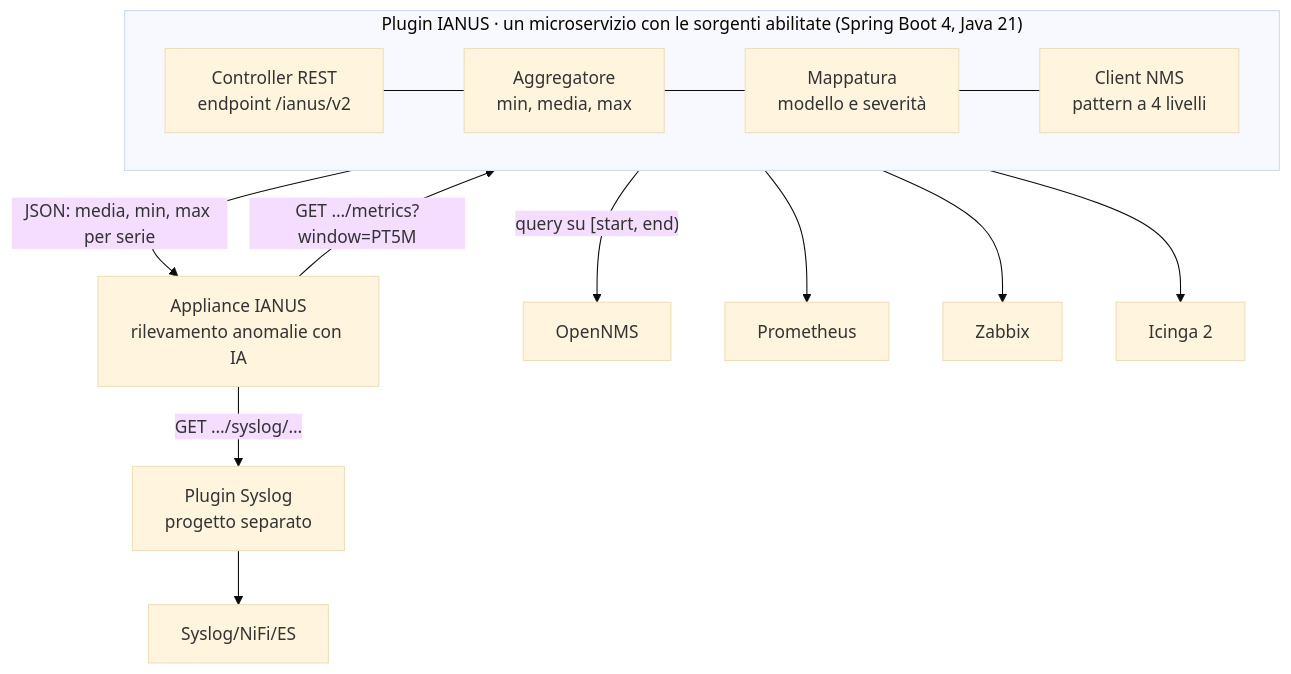
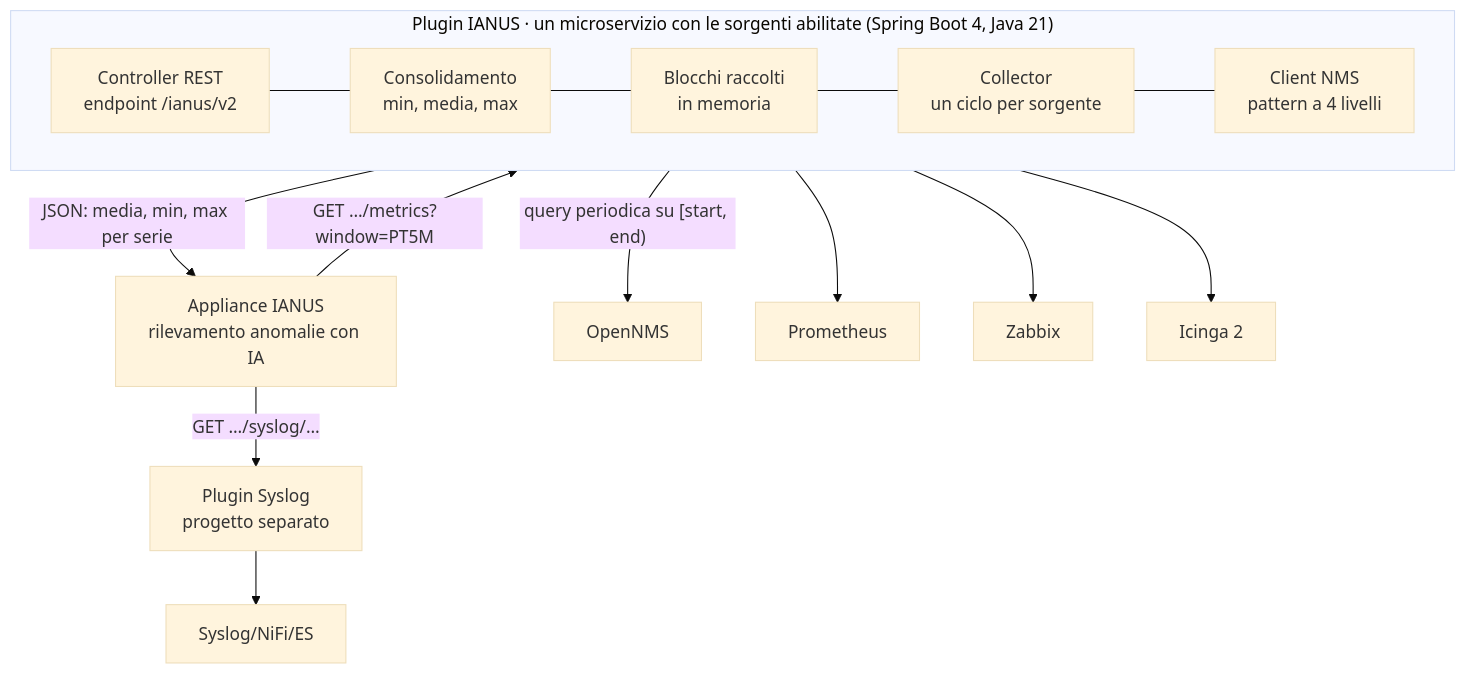
The diagram in SPECIFICA.md (rssntn67/ianus-plugin), drawn with Mermaid (base theme) before and after one commit. The commit also changed other lines of this file and 3 other files, not shown here.

First line of the commit message:
Documenta la raccolta periodica e il consolidamento

````diff
--- a/SPECIFICA.md
+++ b/SPECIFICA.md
@@ -28,16 +28,16 @@
 ```mermaid
 flowchart TB
     IANUS["Appliance IANUS<br/>rilevamento anomalie con IA"]
     subgraph PLUGIN["Plugin IANUS · un microservizio con le sorgenti abilitate (Spring Boot 4, Java 21)"]
         direction LR
-        CTRL["Controller REST<br/>endpoint /ianus/v2"] --- AGG["Aggregatore<br/>min, media, max"] --- MAP["Mappatura<br/>modello e severità"] --- CLIENT["Client NMS<br/>pattern a 4 livelli"]
+        CTRL["Controller REST<br/>endpoint /ianus/v2"] --- AGG["Consolidamento<br/>min, media, max"] --- STORE["Blocchi raccolti<br/>in memoria"] --- COLL["Collector<br/>un ciclo per sorgente"] --- CLIENT["Client NMS<br/>pattern a 4 livelli"]
     end
     IANUS -- "GET …/metrics?window=PT5M" --> CTRL
     CTRL -- "JSON: media, min, max per serie" --> IANUS
-    CLIENT -- "query su [start, end)" --> OPENNMS["OpenNMS"]
+    CLIENT -- "query periodica su [start, end)" --> OPENNMS["OpenNMS"]
     CLIENT --> PROM["Prometheus"]
     CLIENT --> ZBX["Zabbix"]
     CLIENT --> ICINGA["Icinga 2"]
     IANUS -- "GET …/syslog/…" --> PSYSLOG["Plugin Syslog<br/>progetto separato"]
     PSYSLOG --> SYSLOG["Syslog/NiFi/ES"]
 ```
````
